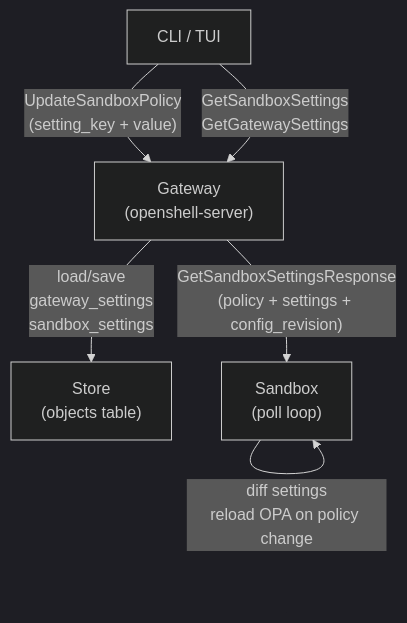
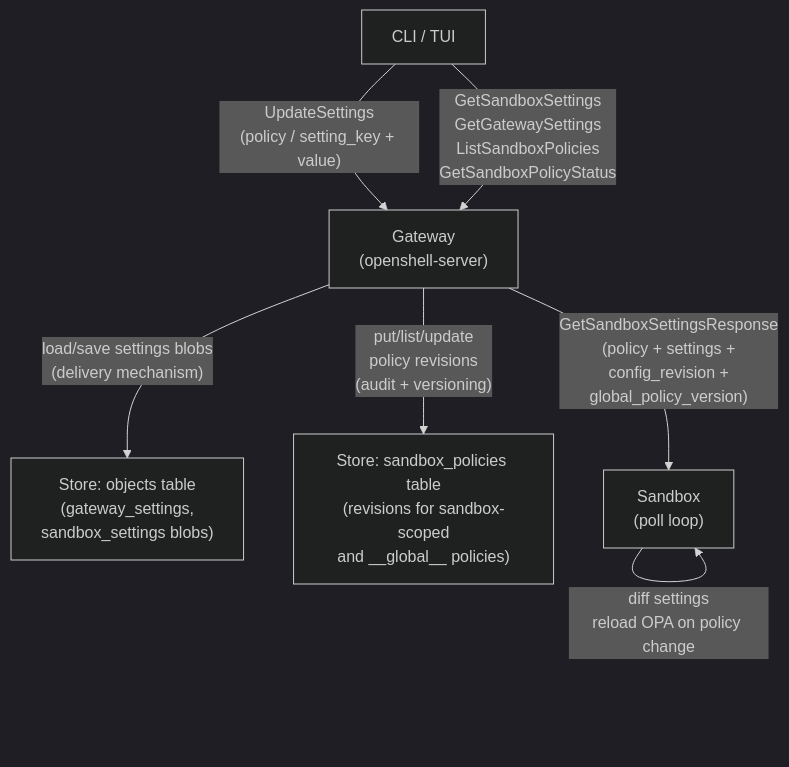
Before and after one commit to NVIDIA/OpenShell: the first of 4 diagrams in architecture/gateway-settings.md, drawn with Mermaid (dark theme). The commit also changed other lines of this file and 4 other files, not shown here.

Commit message:
docs(architecture): document global policy lifecycle, state machine, and sandbox effects

````diff
--- a/architecture/gateway-settings.md
+++ b/architecture/gateway-settings.md
@@ -9,13 +9,15 @@
 ```mermaid
 graph TD
     CLI["CLI / TUI"]
     GW["Gateway<br/>(openshell-server)"]
-    DB["Store<br/>(objects table)"]
+    OBJ["Store: objects table<br/>(gateway_settings,<br/>sandbox_settings blobs)"]
+    POL["Store: sandbox_policies table<br/>(revisions for sandbox-scoped<br/>and __global__ policies)"]
     SB["Sandbox<br/>(poll loop)"]
 
-    CLI -- "UpdateSandboxPolicy<br/>(setting_key + value)" --> GW
-    CLI -- "GetSandboxSettings<br/>GetGatewaySettings" --> GW
-    GW -- "load/save<br/>gateway_settings<br/>sandbox_settings" --> DB
-    GW -- "GetSandboxSettingsResponse<br/>(policy + settings + config_revision)" --> SB
+    CLI -- "UpdateSettings<br/>(policy / setting_key + value)" --> GW
+    CLI -- "GetSandboxSettings<br/>GetGatewaySettings<br/>ListSandboxPolicies<br/>GetSandboxPolicyStatus" --> GW
+    GW -- "load/save settings blobs<br/>(delivery mechanism)" --> OBJ
+    GW -- "put/list/update<br/>policy revisions<br/>(audit + versioning)" --> POL
+    GW -- "GetSandboxSettingsResponse<br/>(policy + settings +<br/>config_revision +<br/>global_policy_version)" --> SB
     SB -- "diff settings<br/>reload OPA on policy change" --> SB
 ```
````
